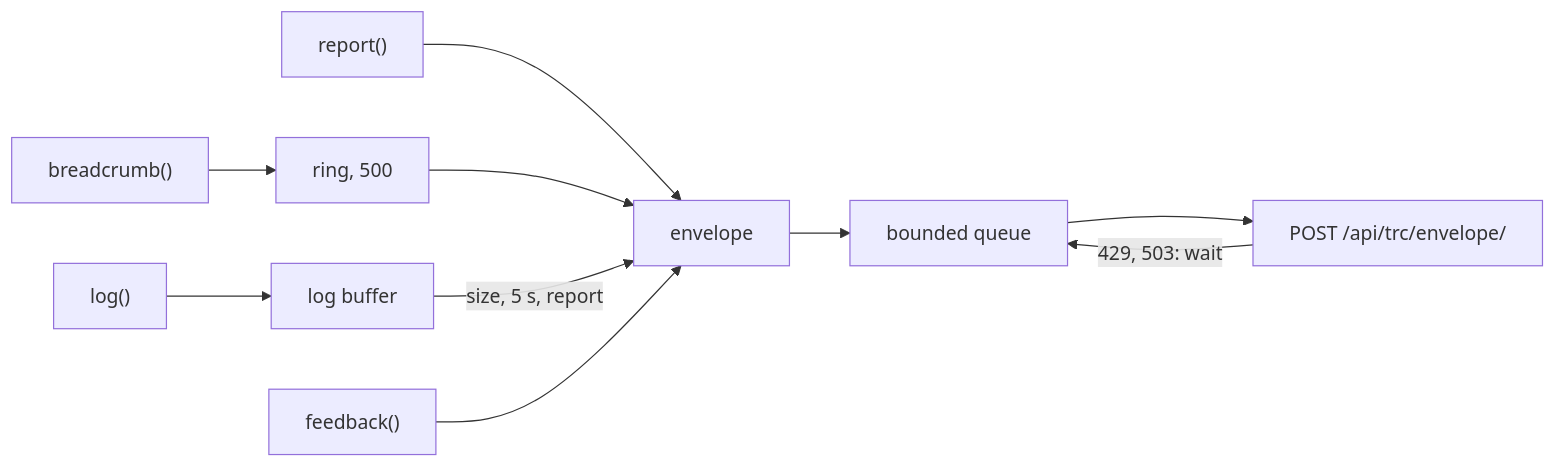
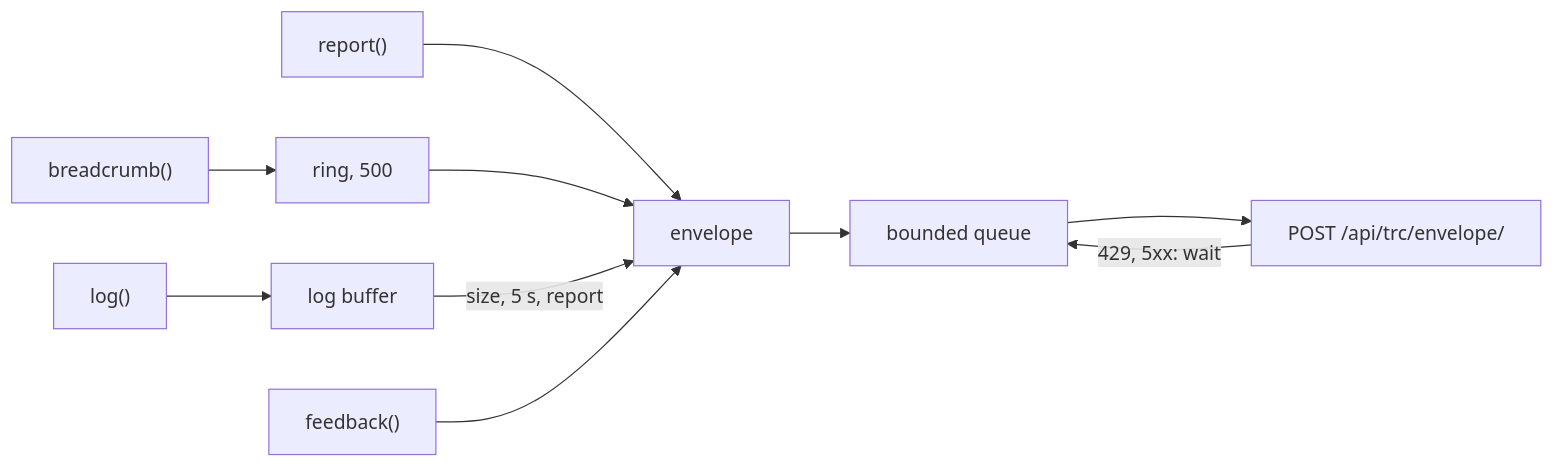
One commit to yingyeothon/flutterlib changed the diagram in packages/yingyeothon_tracer_client/README.md. Above: the diagram before and after it, drawn with Mermaid. The commit also changed other lines of this file and 18 other files, not shown here.

````diff
--- a/packages/yingyeothon_tracer_client/README.md
+++ b/packages/yingyeothon_tracer_client/README.md
@@ -13,12 +13,12 @@
 ```mermaid
 flowchart LR
   bc["breadcrumb()"] --> ring["ring, 500"]
   lg["log()"] --> buf["log buffer"]
   rp["report()"] --> env["envelope"]
   ring --> env
   buf -- "size, 5 s, report" --> env
   fb["feedback()"] --> env
   env --> q["bounded queue"]
   q --> ingest["POST /api/trc/envelope/"]
-  ingest -- "429, 503: wait" --> q
+  ingest -- "429, 5xx: wait" --> q
 ```
````
